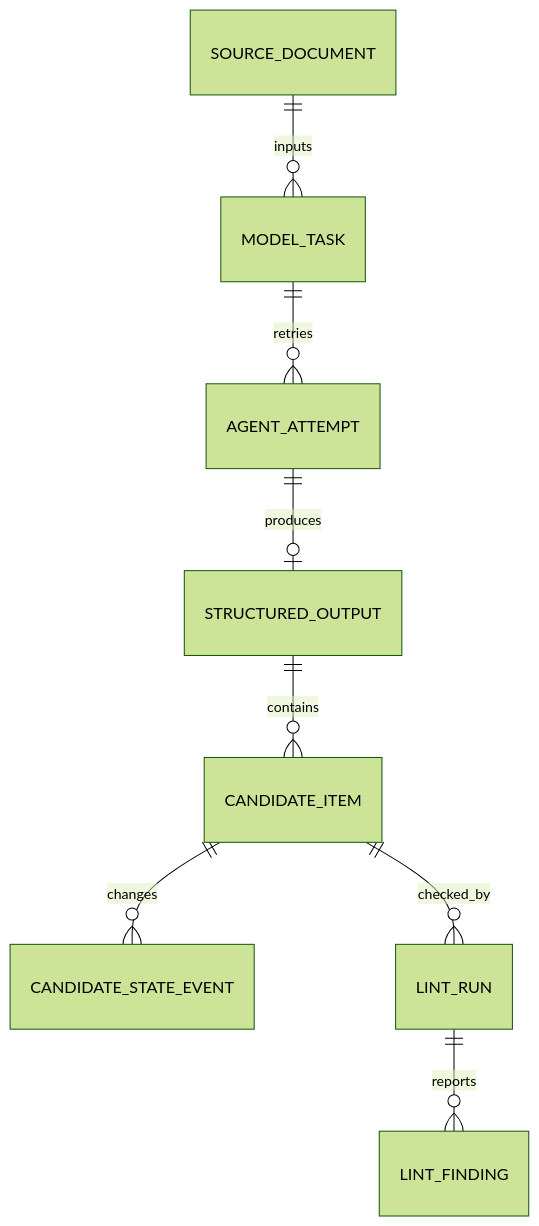
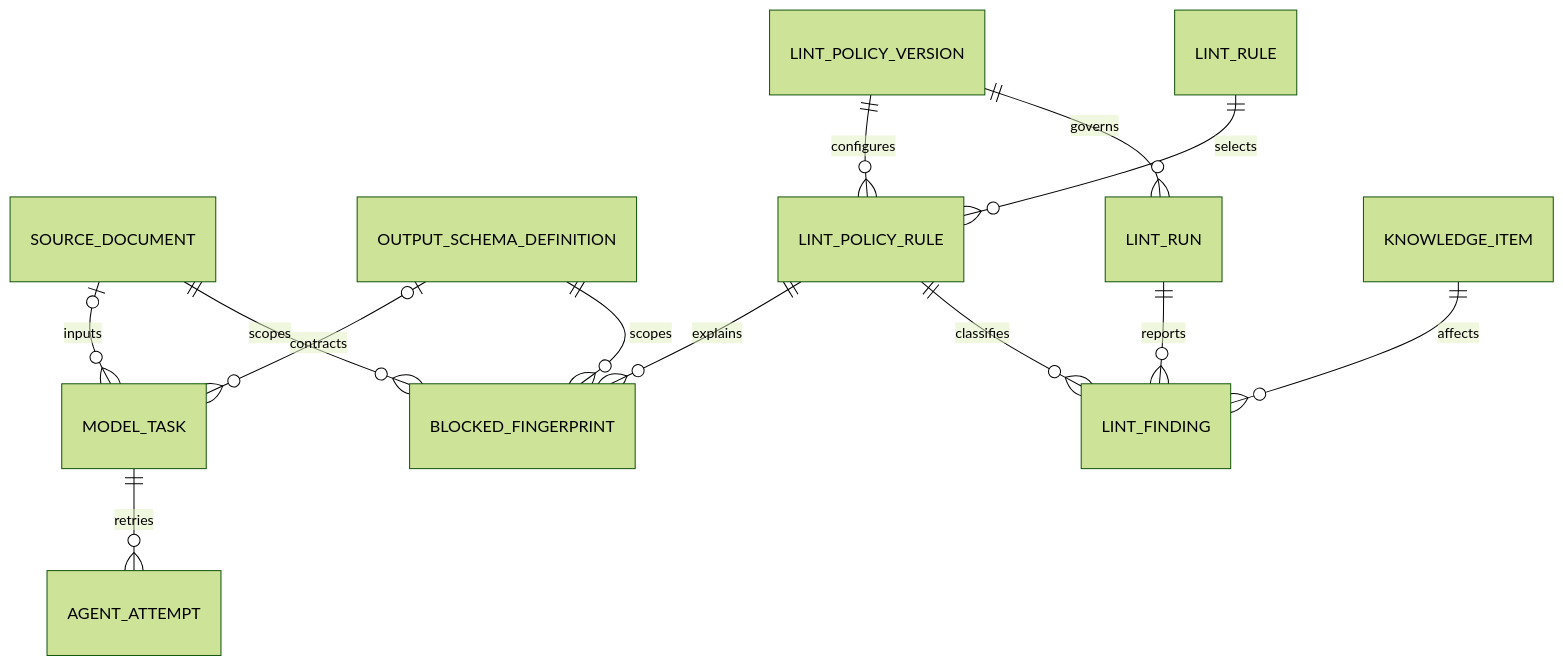
The second of 8 diagrams in logical-data-schema.md (studylida/ontology-map), drawn with Mermaid (forest theme) before and after one commit. The commit also changed other lines of this file, not shown here.

````diff
--- a/logical-data-schema.md
+++ b/logical-data-schema.md
@@ -125,10 +126,15 @@
 ```mermaid
 erDiagram
-    SOURCE_DOCUMENT ||--o{ MODEL_TASK : inputs
+    SOURCE_DOCUMENT |o--o{ MODEL_TASK : inputs
+    OUTPUT_SCHEMA_DEFINITION |o--o{ MODEL_TASK : contracts
     MODEL_TASK ||--o{ AGENT_ATTEMPT : retries
-    AGENT_ATTEMPT ||--o| STRUCTURED_OUTPUT : produces
-    STRUCTURED_OUTPUT ||--o{ CANDIDATE_ITEM : contains
-    CANDIDATE_ITEM ||--o{ CANDIDATE_STATE_EVENT : changes
-    CANDIDATE_ITEM ||--o{ LINT_RUN : checked_by
+    SOURCE_DOCUMENT ||--o{ BLOCKED_FINGERPRINT : scopes
+    OUTPUT_SCHEMA_DEFINITION ||--o{ BLOCKED_FINGERPRINT : scopes
+    LINT_POLICY_VERSION ||--o{ LINT_POLICY_RULE : configures
+    LINT_RULE ||--o{ LINT_POLICY_RULE : selects
+    LINT_POLICY_RULE ||--o{ BLOCKED_FINGERPRINT : explains
+    LINT_POLICY_VERSION ||--o{ LINT_RUN : governs
     LINT_RUN ||--o{ LINT_FINDING : reports
+    LINT_POLICY_RULE ||--o{ LINT_FINDING : classifies
+    KNOWLEDGE_ITEM ||--o{ LINT_FINDING : affects
 ```
````
